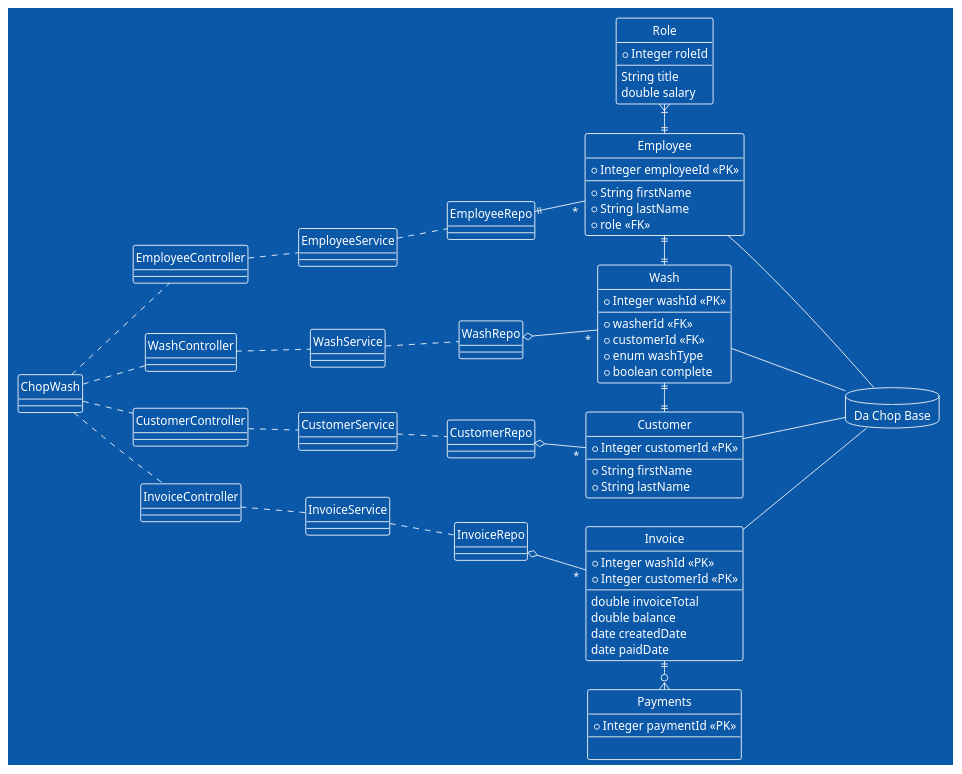
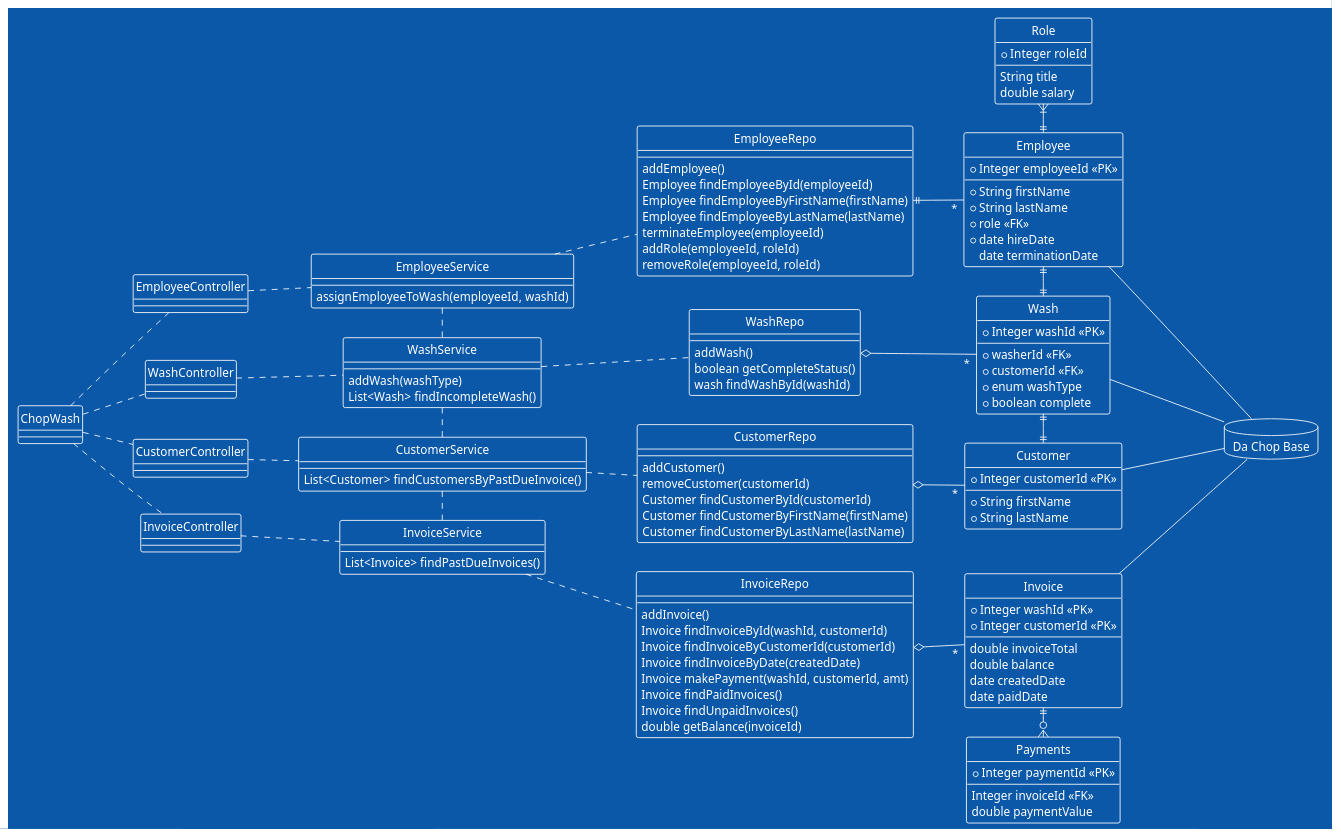
The diagram in chopwashSCD.puml (ehelferty/daCHOPwash-Car-Wash), drawn with PlantUML before and after one commit.

Commit message:
Updated system class diagram

```diff
--- a/chopwashSCD.puml
+++ b/chopwashSCD.puml
@@ -1,113 +1,153 @@
 @startuml ChopWash-System-Class-Diagram
 
 left to right direction
 skinparam Style strictuml
 !theme amiga
 
 class ChopWash{}
 database "Da Chop Base"{
 
 }
 
 ' Controllers
 class EmployeeController{}
 class WashController{}
 class CustomerController{}
 class InvoiceController{}
 
 
 ' Services
-class EmployeeService
-class CustomerService
-class WashService
-class InvoiceService
+class EmployeeService{
+    assignEmployeeToWash(employeeId, washId)
+}
+class CustomerService{
+    List<Customer> findCustomersByPastDueInvoice()
+}
+class WashService{
+    addWash(washType)
+    List<Wash> findIncompleteWash()
+}
+class InvoiceService{
+    List<Invoice> findPastDueInvoices()
+}
 
 
 'Repos
-class EmployeeRepo{}
-class CustomerRepo{}
-class WashRepo{}
-class InvoiceRepo{}
+class EmployeeRepo{
+    addEmployee()
+    Employee findEmployeeById(employeeId)
+    Employee findEmployeeByFirstName(firstName)
+    Employee findEmployeeByLastName(lastName)
+    terminateEmployee(employeeId)
+    addRole(employeeId, roleId)
+    removeRole(employeeId, roleId)
+}
+class CustomerRepo{
+    addCustomer()
+    removeCustomer(customerId)
+    Customer findCustomerById(customerId)
+    Customer findCustomerByFirstName(firstName)
+    Customer findCustomerByLastName(lastName)
+}
+class WashRepo{
+    addWash()
+    boolean getCompleteStatus()
+    wash findWashById(washId)
+}
+class InvoiceRepo{
+    addInvoice()
+    Invoice findInvoiceById(washId, customerId)
+    Invoice findInvoiceByCustomerId(customerId)
+    Invoice findInvoiceByDate(createdDate)
+    Invoice makePayment(washId, customerId, amt)
+    Invoice findPaidInvoices()
+    Invoice findUnpaidInvoices()
+    double getBalance(invoiceId)
+}
 
 
 
 'Entities
 entity Customer{
     *Integer customerId <<PK>>
     --
     *String firstName
     *String lastName
 }
 entity Employee{
    *Integer employeeId <<PK>>
    --
     *String firstName
     *String lastName 
     *role <<FK>>
+    *date hireDate
+    date terminationDate
 }
 entity Invoice {
     *Integer washId <<PK>>
     *Integer customerId <<PK>>
     --
     double invoiceTotal
     double balance
     date createdDate
     date paidDate
 }
 entity Wash{
     *Integer washId <<PK>>
     --
     *washerId <<FK>>
     *customerId <<FK>>
     *enum washType
     *boolean complete 
 }
 entity Role{
     *Integer roleId
     --
     String title
     double salary
 }
 entity Payments{
     *Integer paymentId <<PK>>
     --
-
+    Integer invoiceId <<FK>>
+    double paymentValue
 }
 
 
 ' Relationships
 ChopWash .. EmployeeController
 ChopWash .. CustomerController
 ChopWash .. WashController
 ChopWash .. InvoiceController
 
 EmployeeController .. EmployeeService
 CustomerController .. CustomerService
 WashController .. WashService
 InvoiceController .. InvoiceService
 
 EmployeeService .. EmployeeRepo
 CustomerService .. CustomerRepo
 WashService .. WashRepo
 InvoiceService .. InvoiceRepo
 
 EmployeeRepo ||--"*" Employee
 CustomerRepo o--"*" Customer
 InvoiceRepo o--"*" Invoice
 WashRepo o--"*" Wash
 
 Employee ||-left|{ Role
 Invoice ||-o{ Payments
 
 Wash ||-|| Customer
 Employee ||-|| Wash
 
-
-
+EmployeeService . WashService
+WashService . CustomerService
+CustomerService . InvoiceService
 
 Employee --- "Da Chop Base"
 Customer --- "Da Chop Base"
 Wash --- "Da Chop Base"
 Invoice --- "Da Chop Base"
 
 @enduml
```
